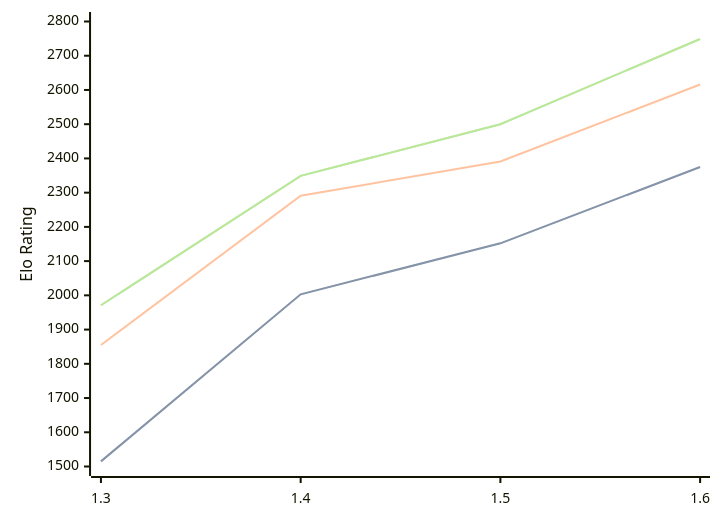
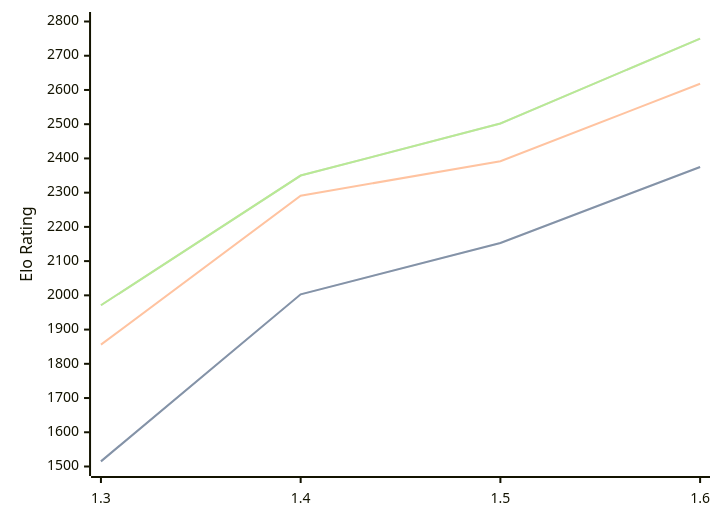
Before and after one commit to computer-chess-index/cci: the diagram in engines/Facon.md, drawn with Mermaid. The commit also changed other lines of this file, not shown here.

Commit message:
Update CCI Ratings (ELO VLTC) - 2026-09-01

````diff
--- a/engines/Facon.md
+++ b/engines/Facon.md
@@ -35,11 +35,11 @@
 ```mermaid
 %%{init: {"theme":"base","themeVariables":{"seriesColors:['#a3a3a3','#222221','#faa371']}}}%%
 xychart-beta
   x-axis ["1.3", "1.4", "1.5", "1.6"]
   y-axis "Elo Rating" 1500 --> 2800
-  line "" [1515, 2003, 2152, 2375]
-  line "STC (8.0+0.08s)" [1515, 2003, 2152, 2375]
-  line "LTC (60.0+0.60s)" [1855, 2291, 2391, 2616]
-  line "" [1971, 2349, 2500, 2749]
-  line "VLTC (2m24s+1.12s)" [1971, 2349, 2500, 2749]
+  line "" [1515, 2003, 2153, 2375]
+  line "STC (8.0+0.08s)" [1515, 2003, 2153, 2375]
+  line "LTC (60.0+0.60s)" [1856, 2291, 2392, 2618]
+  line "" [1971, 2350, 2502, 2750]
+  line "VLTC (2m24s+1.12s)" [1971, 2350, 2502, 2750]
 ```
````
